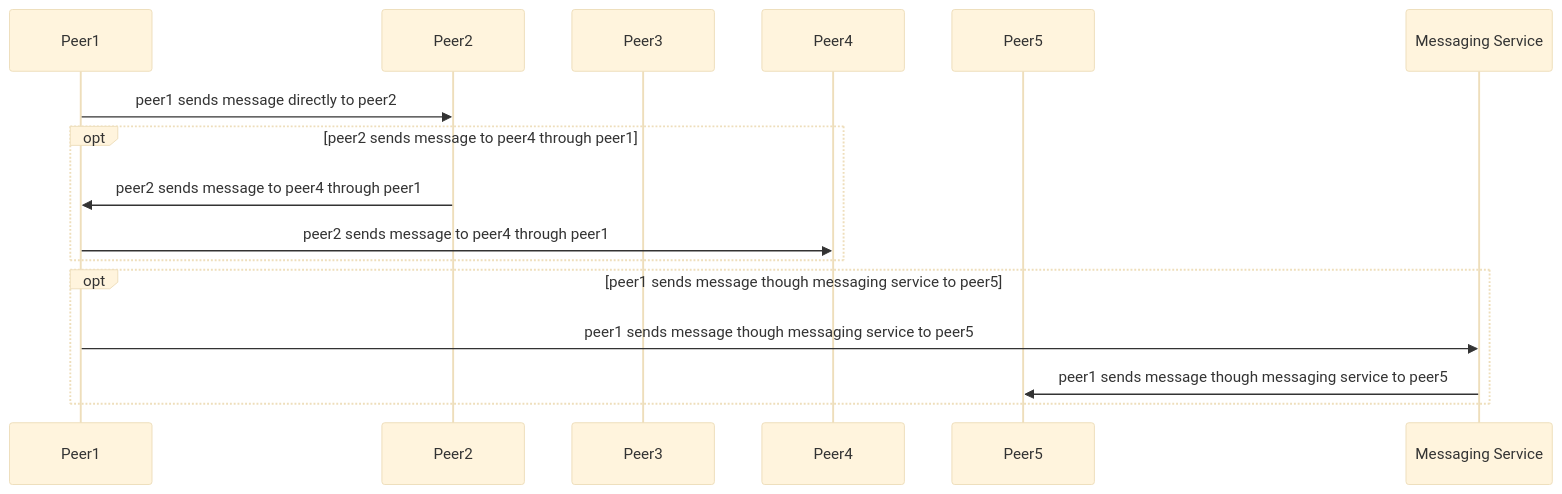
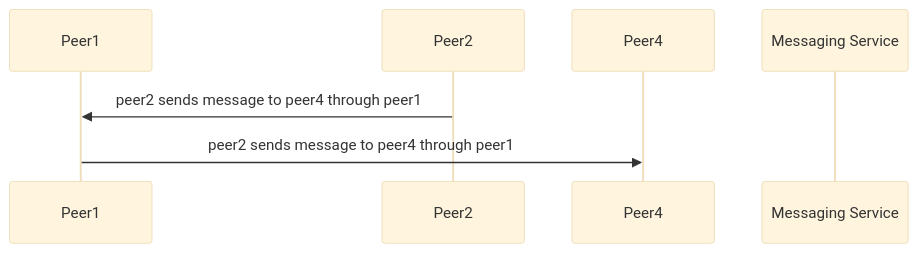
Before and after one commit to decentraland/adr: the fifth of 7 diagrams in RFC/RFC-14-p2p-adapter.md, drawn with Mermaid (base theme). The commit also changed other lines of this file, not shown here.

````diff
--- a/RFC/RFC-14-p2p-adapter.md
+++ b/RFC/RFC-14-p2p-adapter.md
@@ -147,21 +113,11 @@
 ```mermaid
 sequenceDiagram
     participant Peer1
     participant Peer2
-    participant Peer3
     participant Peer4
-    participant Peer5
     participant MS as Messaging Service
 
-    Peer1->>Peer2: peer1 sends message directly to peer2
+    Peer2->>Peer1: peer2 sends message to peer4 through peer1
+    Peer1->>Peer4: peer2 sends message to peer4 through peer1
 
-    opt peer2 sends message to peer4 through peer1
-      Peer2->>Peer1: peer2 sends message to peer4 through peer1
-      Peer1->>Peer4: peer2 sends message to peer4 through peer1
-    end
-
-    opt peer1 sends message though messaging service to peer5
-      Peer1->>MS: peer1 sends message though messaging service to peer5
-      MS->>Peer5: peer1 sends message though messaging service to peer5
-    end
 ```
````
